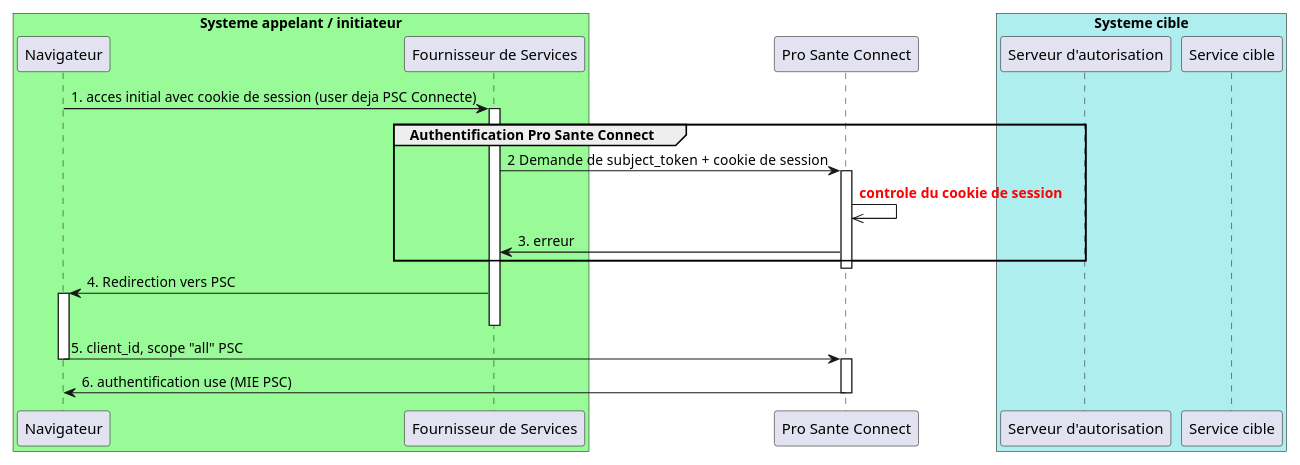
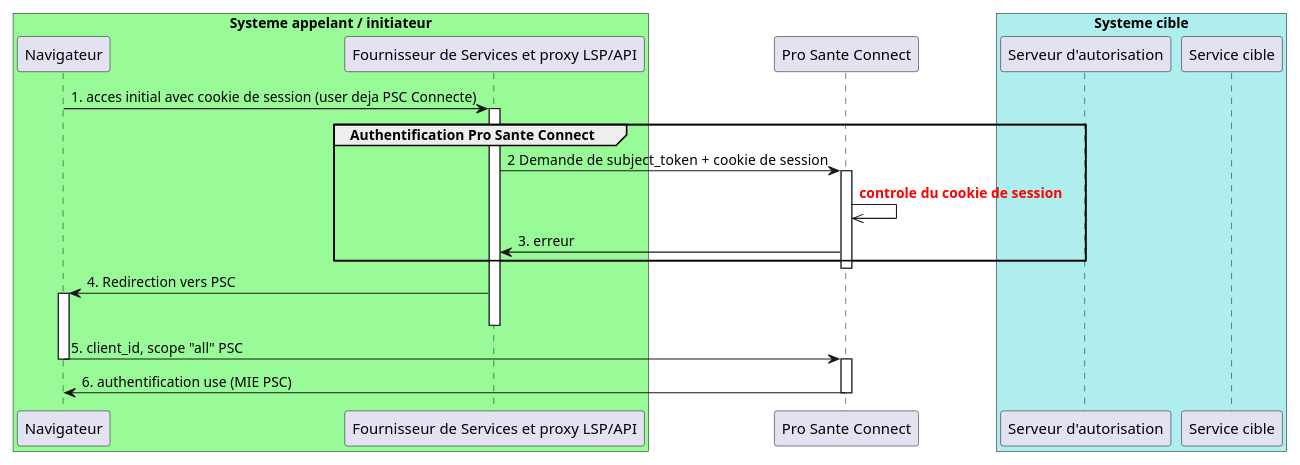
The diagram in input/images-source/diag_api_prosanteconnectee_web_session_expired.plantuml (ansforge/IG-securisation-transport-api-rest), drawn with PlantUML before and after one commit. The commit also changed 3 other files, not shown here.

Commit message:
correction proxy LPS/API sur les flux web

```diff
--- a/input/images-source/diag_api_prosanteconnectee_web_session_expired.plantuml
+++ b/input/images-source/diag_api_prosanteconnectee_web_session_expired.plantuml
@@ -1,37 +1,37 @@
 @startuml
 scale 1024*768
 box  "Systeme appelant / initiateur" #palegreen
 participant "Navigateur" as n
-participant "Fournisseur de Services" as appserver
+participant "Fournisseur de Services et proxy LSP/API" as appserver
 end box
 participant "Pro Sante Connect" as psc
 
 box  "Systeme cible" #paleturquoise
 participant "Serveur d'autorisation" as AS
 participant "Service cible" as API
 end box
 
 n->appserver:1. acces initial avec cookie de session (user deja PSC Connecte)
 	activate appserver
 
 group Authentification Pro Sante Connect
 
 appserver->psc:2  Demande de subject_token + cookie de session
 	activate psc
 
 
 psc->>psc: <font color=red><b>controle du cookie de session
 psc->appserver:3. erreur
 end
 	deactivate psc
 appserver->n:4. Redirection vers PSC
 	activate n
     deactivate appserver
 n->psc : 5. client_id, scope "all" PSC
     deactivate n
   
 	activate psc
 psc->n: 6. authentification use (MIE PSC)
 	deactivate psc
 
 @enduml
```
